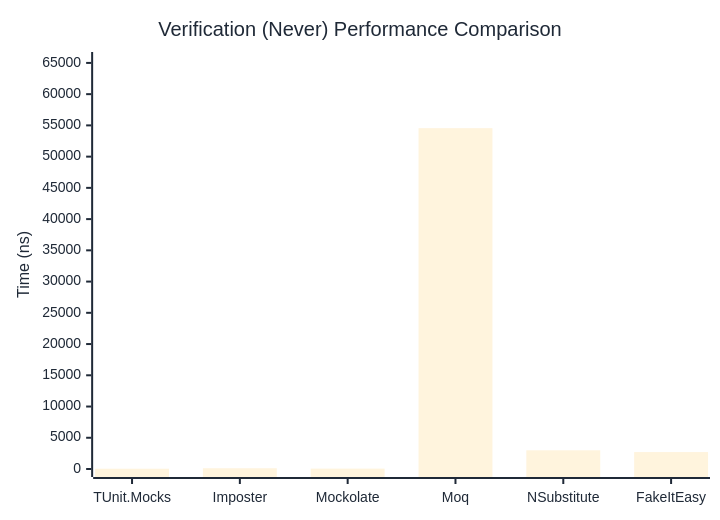
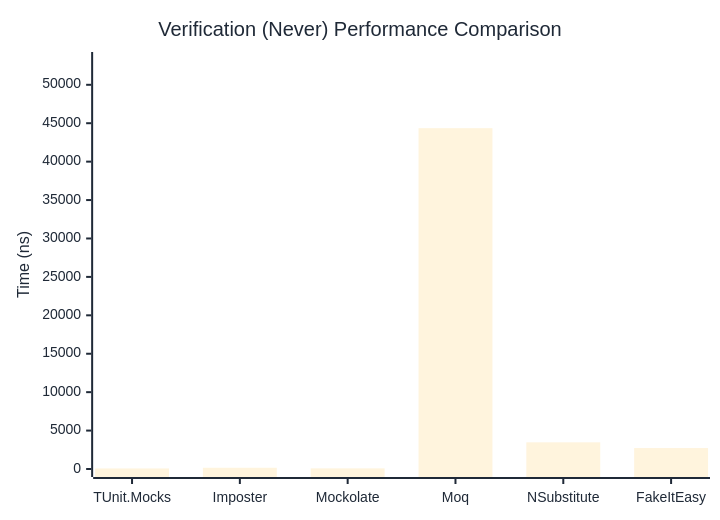
Before and after one commit to thomhurst/TUnit: the second of 3 diagrams in docs/docs/benchmarks/mocks/Verification.md, drawn with Mermaid. The commit also changed other lines of this file and 14 other files, not shown here.

````diff
--- a/docs/docs/benchmarks/mocks/Verification.md
+++ b/docs/docs/benchmarks/mocks/Verification.md
@@ -71,27 +71,27 @@
 ```mermaid
 %%{init: {
   'theme':'base',
   'themeVariables': {
     'primaryColor': '#2563eb',
     'primaryTextColor': '#1f2937',
     'primaryBorderColor': '#1e40af',
     'lineColor': '#6b7280',
     'secondaryColor': '#7c3aed',
     'tertiaryColor': '#dc2626',
     'background': '#ffffff',
     'pie1': '#2563eb',
     'pie2': '#7c3aed',
     'pie3': '#dc2626',
     'pie4': '#f59e0b',
     'pie5': '#10b981',
     'pie6': '#06b6d4',
     'pie7': '#ec4899',
     'pie8': '#6366f1'
   }
 }}%%
 xychart-beta
   title "Verification (Never) Performance Comparison"
   x-axis ["TUnit.Mocks", "Imposter", "Mockolate", "Moq", "NSubstitute", "FakeItEasy"]
-  y-axis "Time (ns)" 0 --> 65467
-  bar [43.53, 122.24, 60.93, 54555.7, 2994.42, 2707.24]
+  y-axis "Time (ns)" 0 --> 53227
+  bar [70.47, 159.98, 84.98, 44355.13, 3472.16, 2727.11]
 ```
````
